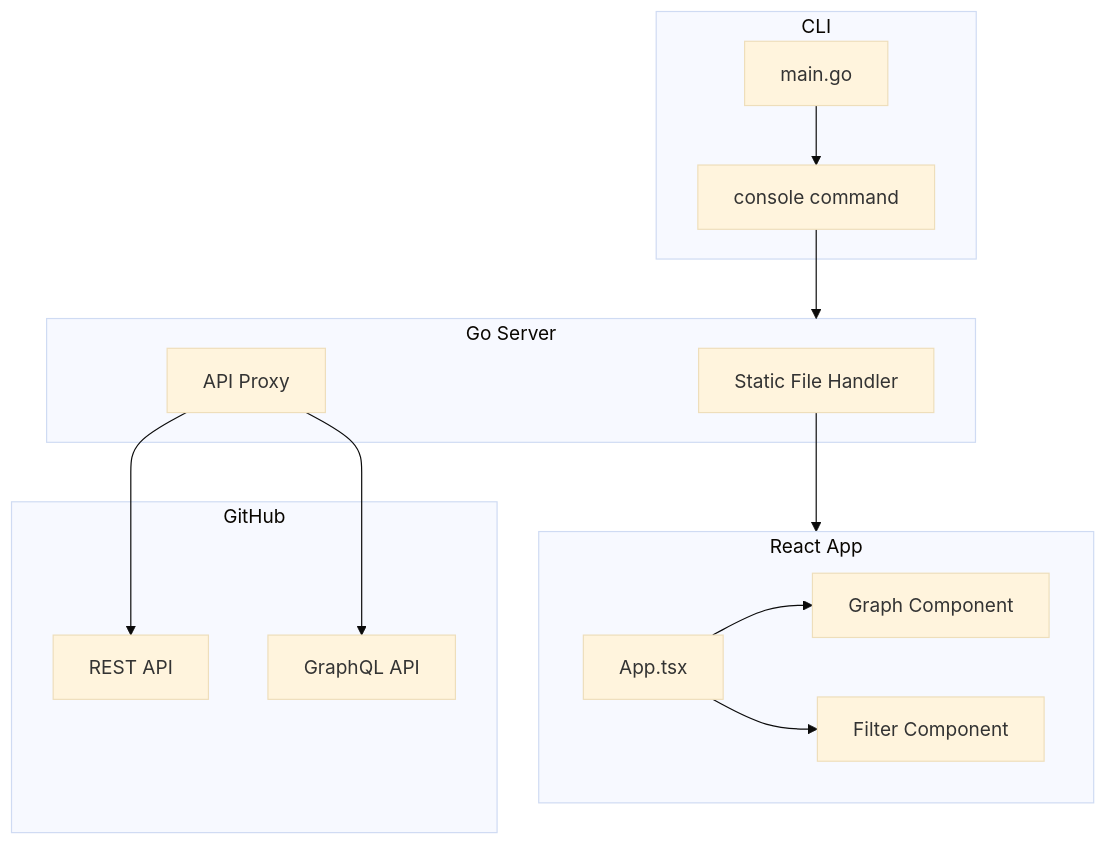
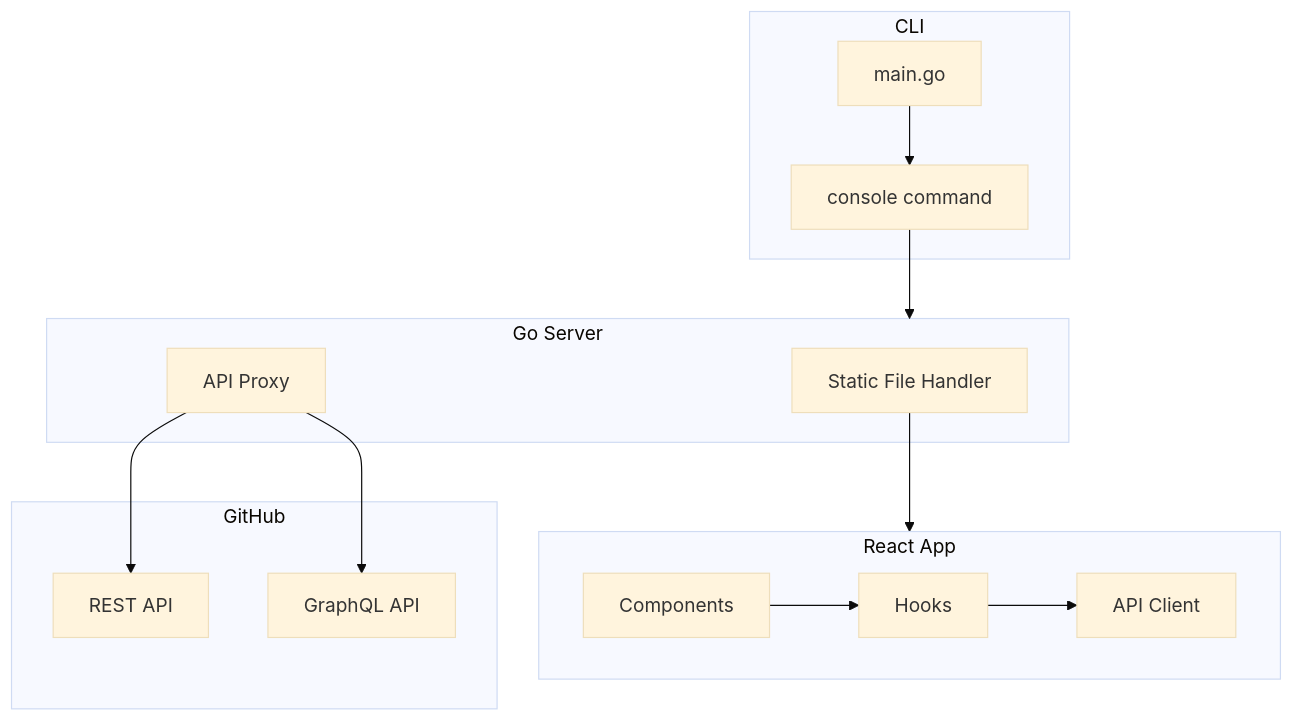
The first of 2 diagrams in .spec-workflow/specs/mvp/design.md (kmtym1998/gh-issue-treefier), drawn with Mermaid (base theme) before and after one commit. The commit also changed other lines of this file and 1 other file, not shown here.

Commit message:
Update MVP spec with component splitting discussion

````diff
--- a/.spec-workflow/specs/mvp/design.md
+++ b/.spec-workflow/specs/mvp/design.md
@@ -28,31 +26,31 @@
 ```mermaid
 flowchart TB
     subgraph CLI
         main["main.go"]
         cmd["console command"]
     end
 
     subgraph Server["Go Server"]
         static["Static File Handler"]
         proxy["API Proxy"]
     end
 
     subgraph Frontend["React App"]
-        App["App.tsx"]
-        Graph["Graph Component"]
-        Filter["Filter Component"]
+        components["Components"]
+        hooks["Hooks"]
+        apiClient["API Client"]
     end
 
     subgraph External["GitHub"]
         REST["REST API"]
         GraphQL["GraphQL API"]
     end
 
     main --> cmd
     cmd --> Server
     static --> Frontend
     proxy --> REST
     proxy --> GraphQL
-    App --> Graph
-    App --> Filter
+    components --> hooks
+    hooks --> apiClient
 ```
````
